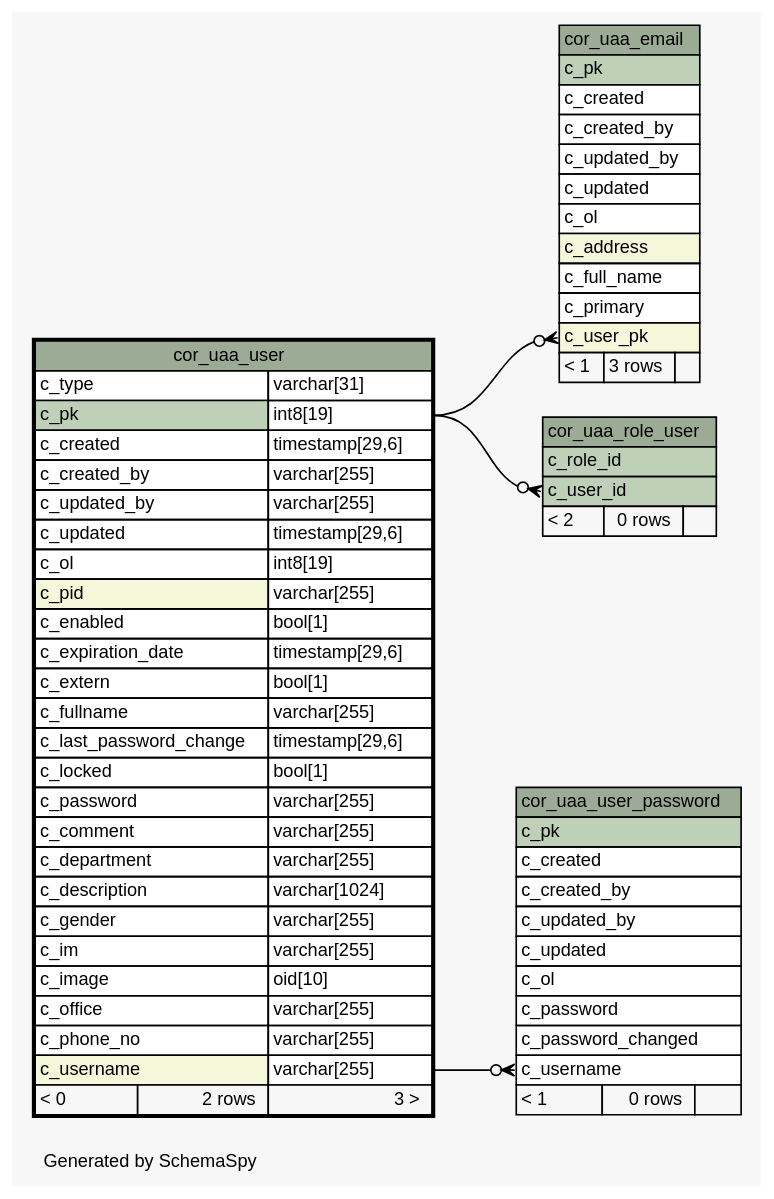
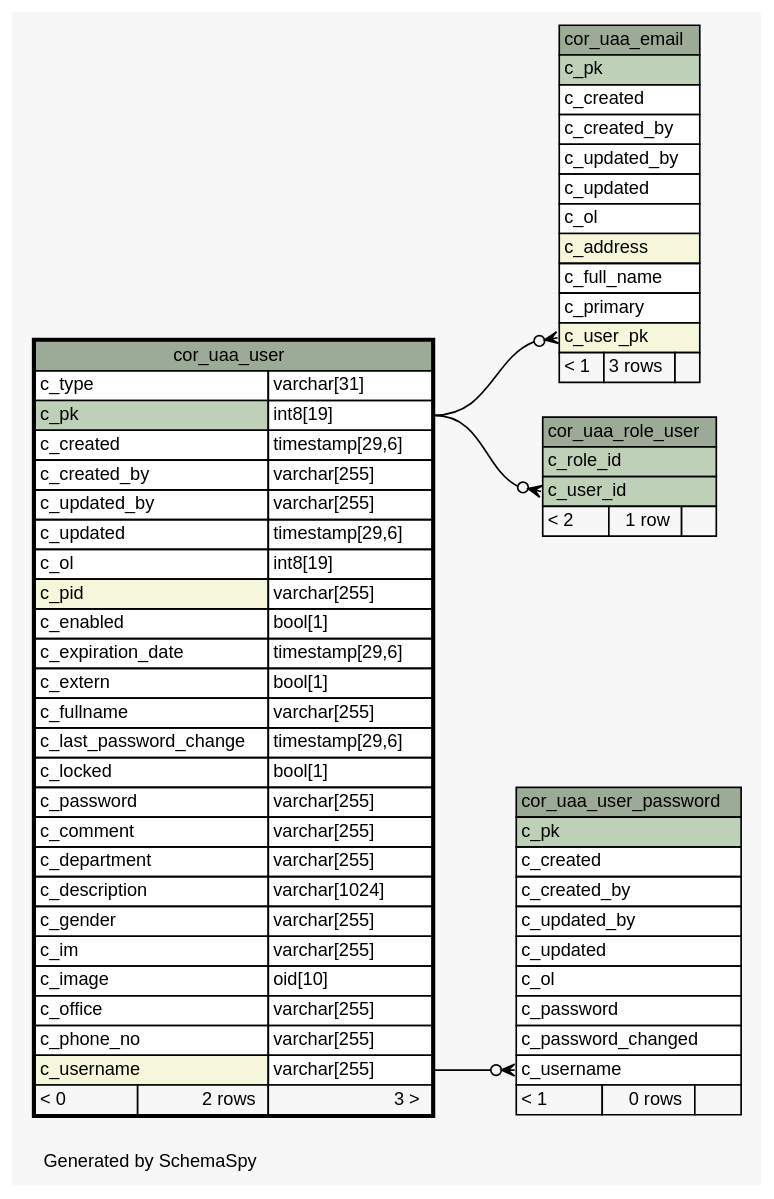
The diagram in 2.0.0-SNAPSHOT/schemaspy/diagrams/cor_uaa_user.1degree.dot (openwms/org.openwms.core.uaa.lib), drawn with Graphviz before and after one commit. The commit also changed 226 other files, not shown here.

```diff
--- a/2.0.0-SNAPSHOT/schemaspy/diagrams/cor_uaa_user.1degree.dot
+++ b/2.0.0-SNAPSHOT/schemaspy/diagrams/cor_uaa_user.1degree.dot
@@ -1,106 +1,106 @@
 // dot 2.43.0 on Linux 6.2.0-1018-azure
 // SchemaSpy rev Unknown
 digraph "oneDegreeRelationshipsDiagram" {
   graph [
     rankdir="RL"
     bgcolor="#f7f7f7"
     label="\nGenerated by SchemaSpy"
     labeljust="l"
     nodesep="0.18"
     ranksep="0.46"
     fontname="Helvetica"
     fontsize="11"
   ];
   node [
     fontname="Helvetica"
     fontsize="11"
     shape="plaintext"
   ];
   edge [
     arrowsize="0.8"
   ];
   "cor_uaa_email":"c_user_pk":w -> "cor_uaa_user":"c_pk.type":e [arrowhead=none dir=back arrowtail=crowodot];
   "cor_uaa_role_user":"c_user_id":w -> "cor_uaa_user":"c_pk.type":e [arrowhead=none dir=back arrowtail=crowodot];
   "cor_uaa_user_password":"c_username":w -> "cor_uaa_user":"c_username.type":e [arrowhead=none dir=back arrowtail=crowodot];
   "cor_uaa_email" [
     label=<
     <TABLE BORDER="0" CELLBORDER="1" CELLSPACING="0" BGCOLOR="#ffffff">
       <TR><TD COLSPAN="3" BGCOLOR="#9bab96" ALIGN="CENTER">cor_uaa_email</TD></TR>
       <TR><TD PORT="c_pk" COLSPAN="3" BGCOLOR="#bed1b8" ALIGN="LEFT">c_pk</TD></TR>
       <TR><TD PORT="c_created" COLSPAN="3" ALIGN="LEFT">c_created</TD></TR>
       <TR><TD PORT="c_created_by" COLSPAN="3" ALIGN="LEFT">c_created_by</TD></TR>
       <TR><TD PORT="c_updated_by" COLSPAN="3" ALIGN="LEFT">c_updated_by</TD></TR>
       <TR><TD PORT="c_updated" COLSPAN="3" ALIGN="LEFT">c_updated</TD></TR>
       <TR><TD PORT="c_ol" COLSPAN="3" ALIGN="LEFT">c_ol</TD></TR>
       <TR><TD PORT="c_address" COLSPAN="3" BGCOLOR="#f4f7da" ALIGN="LEFT">c_address</TD></TR>
       <TR><TD PORT="c_full_name" COLSPAN="3" ALIGN="LEFT">c_full_name</TD></TR>
       <TR><TD PORT="c_primary" COLSPAN="3" ALIGN="LEFT">c_primary</TD></TR>
       <TR><TD PORT="c_user_pk" COLSPAN="3" BGCOLOR="#f4f7da" ALIGN="LEFT">c_user_pk</TD></TR>
       <TR><TD ALIGN="LEFT" BGCOLOR="#f7f7f7">&lt; 1</TD><TD ALIGN="RIGHT" BGCOLOR="#f7f7f7">3 rows</TD><TD ALIGN="RIGHT" BGCOLOR="#f7f7f7">  </TD></TR>
     </TABLE>>
     URL="cor_uaa_email.html"
     tooltip="cor_uaa_email"
   ];
   "cor_uaa_role_user" [
     label=<
     <TABLE BORDER="0" CELLBORDER="1" CELLSPACING="0" BGCOLOR="#ffffff">
       <TR><TD COLSPAN="3" BGCOLOR="#9bab96" ALIGN="CENTER">cor_uaa_role_user</TD></TR>
       <TR><TD PORT="c_role_id" COLSPAN="3" BGCOLOR="#bed1b8" ALIGN="LEFT">c_role_id</TD></TR>
       <TR><TD PORT="c_user_id" COLSPAN="3" BGCOLOR="#bed1b8" ALIGN="LEFT">c_user_id</TD></TR>
-      <TR><TD ALIGN="LEFT" BGCOLOR="#f7f7f7">&lt; 2</TD><TD ALIGN="RIGHT" BGCOLOR="#f7f7f7">0 rows</TD><TD ALIGN="RIGHT" BGCOLOR="#f7f7f7">  </TD></TR>
+      <TR><TD ALIGN="LEFT" BGCOLOR="#f7f7f7">&lt; 2</TD><TD ALIGN="RIGHT" BGCOLOR="#f7f7f7">1 row</TD><TD ALIGN="RIGHT" BGCOLOR="#f7f7f7">  </TD></TR>
     </TABLE>>
     URL="cor_uaa_role_user.html"
     tooltip="cor_uaa_role_user"
   ];
   "cor_uaa_user" [
     label=<
     <TABLE BORDER="2" CELLBORDER="1" CELLSPACING="0" BGCOLOR="#ffffff">
       <TR><TD COLSPAN="3" BGCOLOR="#9bab96" ALIGN="CENTER">cor_uaa_user</TD></TR>
       <TR><TD PORT="c_type" COLSPAN="2" ALIGN="LEFT">c_type</TD><TD PORT="c_type.type" ALIGN="LEFT">varchar[31]</TD></TR>
       <TR><TD PORT="c_pk" COLSPAN="2" BGCOLOR="#bed1b8" ALIGN="LEFT">c_pk</TD><TD PORT="c_pk.type" ALIGN="LEFT">int8[19]</TD></TR>
       <TR><TD PORT="c_created" COLSPAN="2" ALIGN="LEFT">c_created</TD><TD PORT="c_created.type" ALIGN="LEFT">timestamp[29,6]</TD></TR>
       <TR><TD PORT="c_created_by" COLSPAN="2" ALIGN="LEFT">c_created_by</TD><TD PORT="c_created_by.type" ALIGN="LEFT">varchar[255]</TD></TR>
       <TR><TD PORT="c_updated_by" COLSPAN="2" ALIGN="LEFT">c_updated_by</TD><TD PORT="c_updated_by.type" ALIGN="LEFT">varchar[255]</TD></TR>
       <TR><TD PORT="c_updated" COLSPAN="2" ALIGN="LEFT">c_updated</TD><TD PORT="c_updated.type" ALIGN="LEFT">timestamp[29,6]</TD></TR>
       <TR><TD PORT="c_ol" COLSPAN="2" ALIGN="LEFT">c_ol</TD><TD PORT="c_ol.type" ALIGN="LEFT">int8[19]</TD></TR>
       <TR><TD PORT="c_pid" COLSPAN="2" BGCOLOR="#f4f7da" ALIGN="LEFT">c_pid</TD><TD PORT="c_pid.type" ALIGN="LEFT">varchar[255]</TD></TR>
       <TR><TD PORT="c_enabled" COLSPAN="2" ALIGN="LEFT">c_enabled</TD><TD PORT="c_enabled.type" ALIGN="LEFT">bool[1]</TD></TR>
       <TR><TD PORT="c_expiration_date" COLSPAN="2" ALIGN="LEFT">c_expiration_date</TD><TD PORT="c_expiration_date.type" ALIGN="LEFT">timestamp[29,6]</TD></TR>
       <TR><TD PORT="c_extern" COLSPAN="2" ALIGN="LEFT">c_extern</TD><TD PORT="c_extern.type" ALIGN="LEFT">bool[1]</TD></TR>
       <TR><TD PORT="c_fullname" COLSPAN="2" ALIGN="LEFT">c_fullname</TD><TD PORT="c_fullname.type" ALIGN="LEFT">varchar[255]</TD></TR>
       <TR><TD PORT="c_last_password_change" COLSPAN="2" ALIGN="LEFT">c_last_password_change</TD><TD PORT="c_last_password_change.type" ALIGN="LEFT">timestamp[29,6]</TD></TR>
       <TR><TD PORT="c_locked" COLSPAN="2" ALIGN="LEFT">c_locked</TD><TD PORT="c_locked.type" ALIGN="LEFT">bool[1]</TD></TR>
       <TR><TD PORT="c_password" COLSPAN="2" ALIGN="LEFT">c_password</TD><TD PORT="c_password.type" ALIGN="LEFT">varchar[255]</TD></TR>
       <TR><TD PORT="c_comment" COLSPAN="2" ALIGN="LEFT">c_comment</TD><TD PORT="c_comment.type" ALIGN="LEFT">varchar[255]</TD></TR>
       <TR><TD PORT="c_department" COLSPAN="2" ALIGN="LEFT">c_department</TD><TD PORT="c_department.type" ALIGN="LEFT">varchar[255]</TD></TR>
       <TR><TD PORT="c_description" COLSPAN="2" ALIGN="LEFT">c_description</TD><TD PORT="c_description.type" ALIGN="LEFT">varchar[1024]</TD></TR>
       <TR><TD PORT="c_gender" COLSPAN="2" ALIGN="LEFT">c_gender</TD><TD PORT="c_gender.type" ALIGN="LEFT">varchar[255]</TD></TR>
       <TR><TD PORT="c_im" COLSPAN="2" ALIGN="LEFT">c_im</TD><TD PORT="c_im.type" ALIGN="LEFT">varchar[255]</TD></TR>
       <TR><TD PORT="c_image" COLSPAN="2" ALIGN="LEFT">c_image</TD><TD PORT="c_image.type" ALIGN="LEFT">oid[10]</TD></TR>
       <TR><TD PORT="c_office" COLSPAN="2" ALIGN="LEFT">c_office</TD><TD PORT="c_office.type" ALIGN="LEFT">varchar[255]</TD></TR>
       <TR><TD PORT="c_phone_no" COLSPAN="2" ALIGN="LEFT">c_phone_no</TD><TD PORT="c_phone_no.type" ALIGN="LEFT">varchar[255]</TD></TR>
       <TR><TD PORT="c_username" COLSPAN="2" BGCOLOR="#f4f7da" ALIGN="LEFT">c_username</TD><TD PORT="c_username.type" ALIGN="LEFT">varchar[255]</TD></TR>
       <TR><TD ALIGN="LEFT" BGCOLOR="#f7f7f7">&lt; 0</TD><TD ALIGN="RIGHT" BGCOLOR="#f7f7f7">2 rows</TD><TD ALIGN="RIGHT" BGCOLOR="#f7f7f7">3 &gt;</TD></TR>
     </TABLE>>
     URL="cor_uaa_user.html"
     tooltip="cor_uaa_user"
   ];
   "cor_uaa_user_password" [
     label=<
     <TABLE BORDER="0" CELLBORDER="1" CELLSPACING="0" BGCOLOR="#ffffff">
       <TR><TD COLSPAN="3" BGCOLOR="#9bab96" ALIGN="CENTER">cor_uaa_user_password</TD></TR>
       <TR><TD PORT="c_pk" COLSPAN="3" BGCOLOR="#bed1b8" ALIGN="LEFT">c_pk</TD></TR>
       <TR><TD PORT="c_created" COLSPAN="3" ALIGN="LEFT">c_created</TD></TR>
       <TR><TD PORT="c_created_by" COLSPAN="3" ALIGN="LEFT">c_created_by</TD></TR>
       <TR><TD PORT="c_updated_by" COLSPAN="3" ALIGN="LEFT">c_updated_by</TD></TR>
       <TR><TD PORT="c_updated" COLSPAN="3" ALIGN="LEFT">c_updated</TD></TR>
       <TR><TD PORT="c_ol" COLSPAN="3" ALIGN="LEFT">c_ol</TD></TR>
       <TR><TD PORT="c_password" COLSPAN="3" ALIGN="LEFT">c_password</TD></TR>
       <TR><TD PORT="c_password_changed" COLSPAN="3" ALIGN="LEFT">c_password_changed</TD></TR>
       <TR><TD PORT="c_username" COLSPAN="3" ALIGN="LEFT">c_username</TD></TR>
       <TR><TD ALIGN="LEFT" BGCOLOR="#f7f7f7">&lt; 1</TD><TD ALIGN="RIGHT" BGCOLOR="#f7f7f7">0 rows</TD><TD ALIGN="RIGHT" BGCOLOR="#f7f7f7">  </TD></TR>
     </TABLE>>
     URL="cor_uaa_user_password.html"
     tooltip="cor_uaa_user_password"
   ];
 }
```
